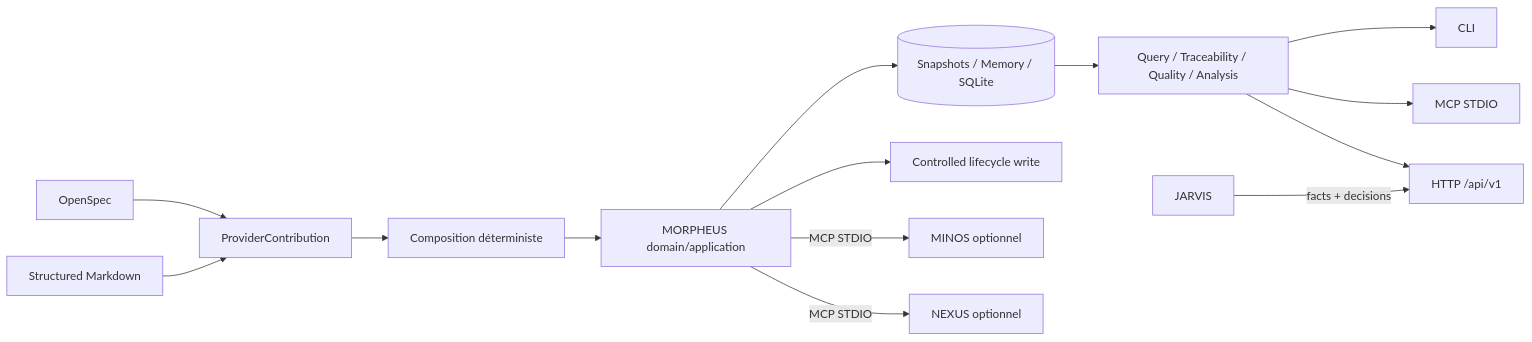
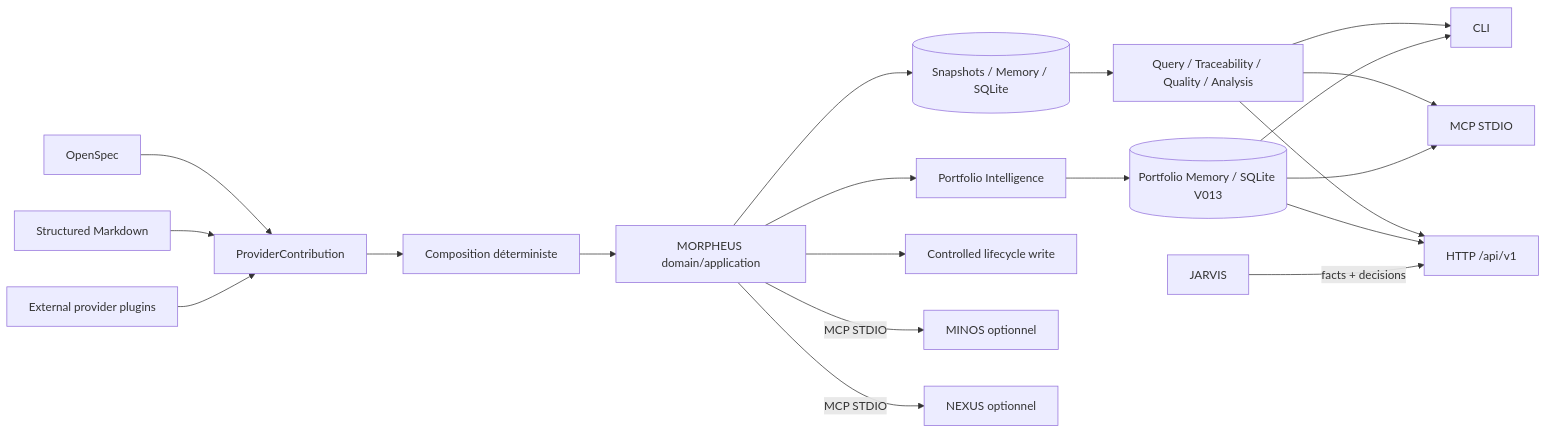
Before and after one commit to FTurleque/morpheus-engine: the diagram in docs/README.md, drawn with Mermaid. The commit also changed other lines of this file, not shown here.

Commit message:
docs(m23): refresh documentation portal for portfolio intelligence

````diff
--- a/docs/README.md
+++ b/docs/README.md
@@ -62,16 +59,22 @@
 ```mermaid
 flowchart LR
     O[OpenSpec] --> PC[ProviderContribution]
     MD[Structured Markdown] --> PC
+    XP[External provider plugins] --> PC
     PC --> C[Composition déterministe]
     C --> M[MORPHEUS domain/application]
     M --> S[(Snapshots / Memory / SQLite)]
     S --> Q[Query / Traceability / Quality / Analysis]
+    M --> P[Portfolio Intelligence]
+    P --> PS[(Portfolio Memory / SQLite V013)]
     Q --> CLI[CLI]
     Q --> MCP[MCP STDIO]
     Q --> API[HTTP /api/v1]
+    PS --> CLI
+    PS --> MCP
+    PS --> API
     M --> W[Controlled lifecycle write]
     M -->|MCP STDIO| MINOS[MINOS optionnel]
     M -->|MCP STDIO| NEXUS[NEXUS optionnel]
     J[JARVIS] -->|facts + decisions| API
 ```
````
